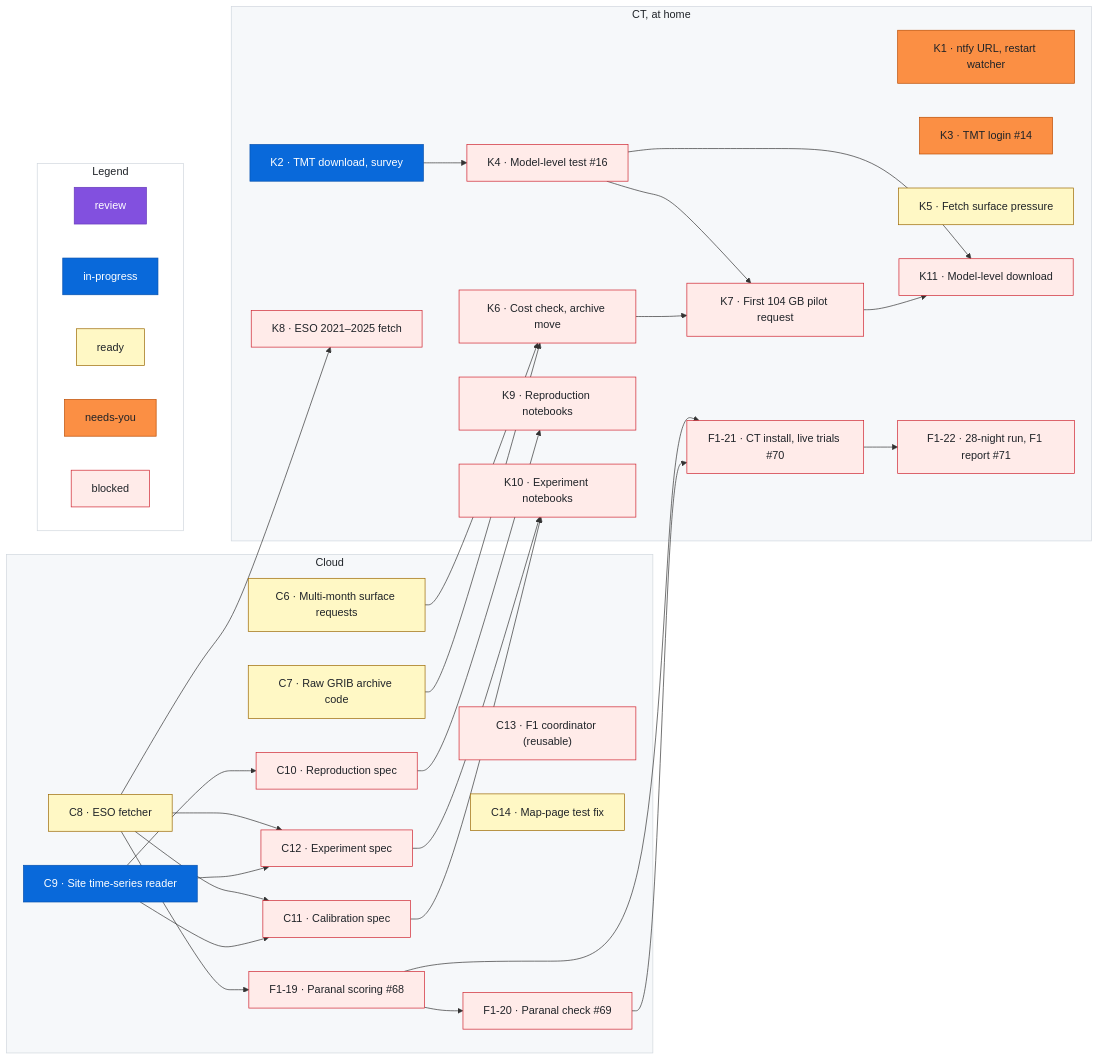
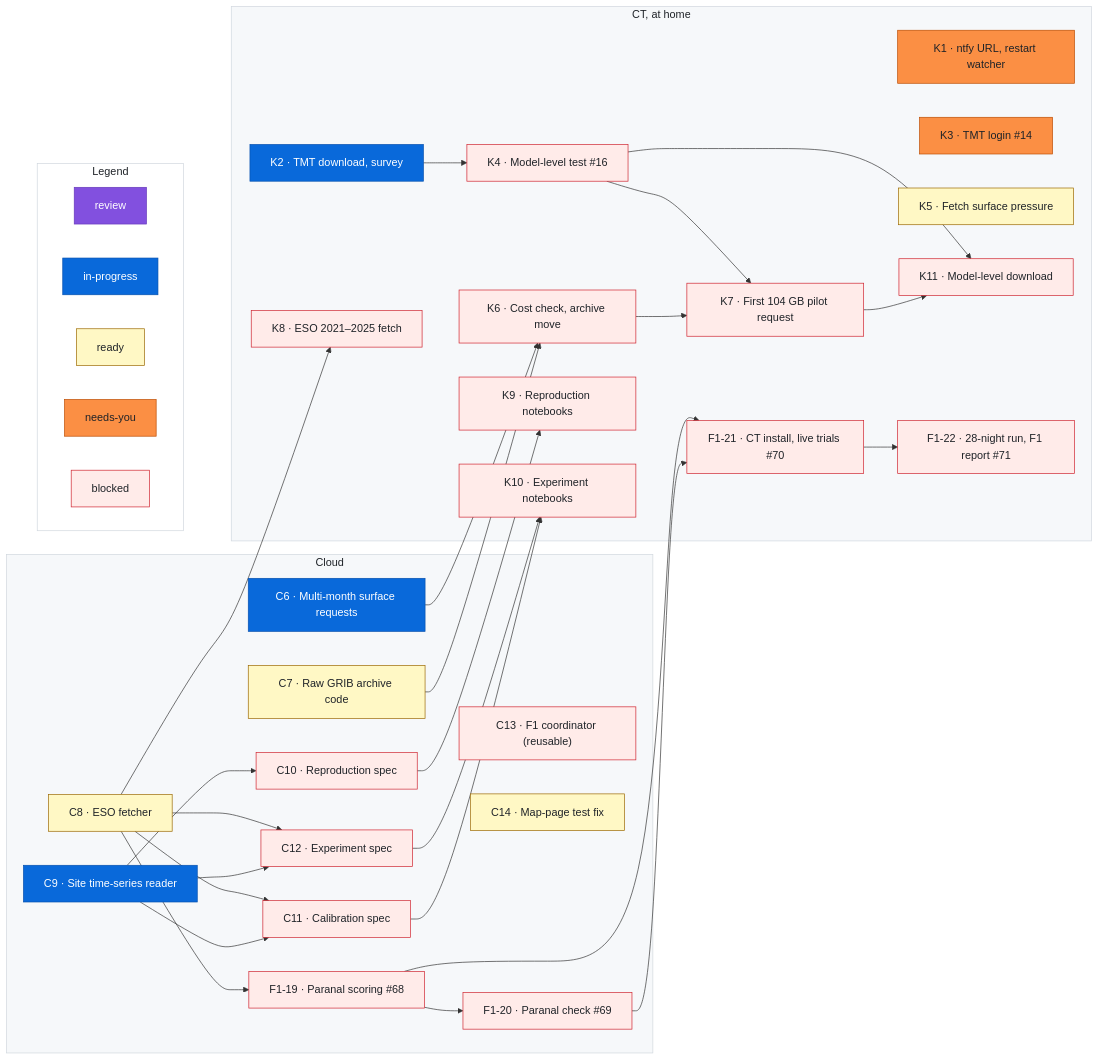
The diagram in docs/roadmap.md (rrweller/Astro-seeing), drawn with Mermaid before and after one commit. The commit also changed other lines of this file, not shown here.

Commit message:
roadmap: C6 ready → in-progress
Claude-Session: https://claude.ai/code/session_01ECS9rZyiejVwPy6742WC3N

```diff
--- a/docs/roadmap.md
+++ b/docs/roadmap.md
@@ -136,7 +136,7 @@
   classDef needsyou fill:#fb8f44,stroke:#bc4c00,color:#1f2328
   classDef blocked fill:#ffebe9,stroke:#cf222e,color:#1f2328
   %% Status lines: one per item, each followed by a `%% ---` spacer. Sessions change only the last word.
-  class C6 ready
+  class C6 inprogress
   %% ---
   class C7 ready
   %% ---
```
